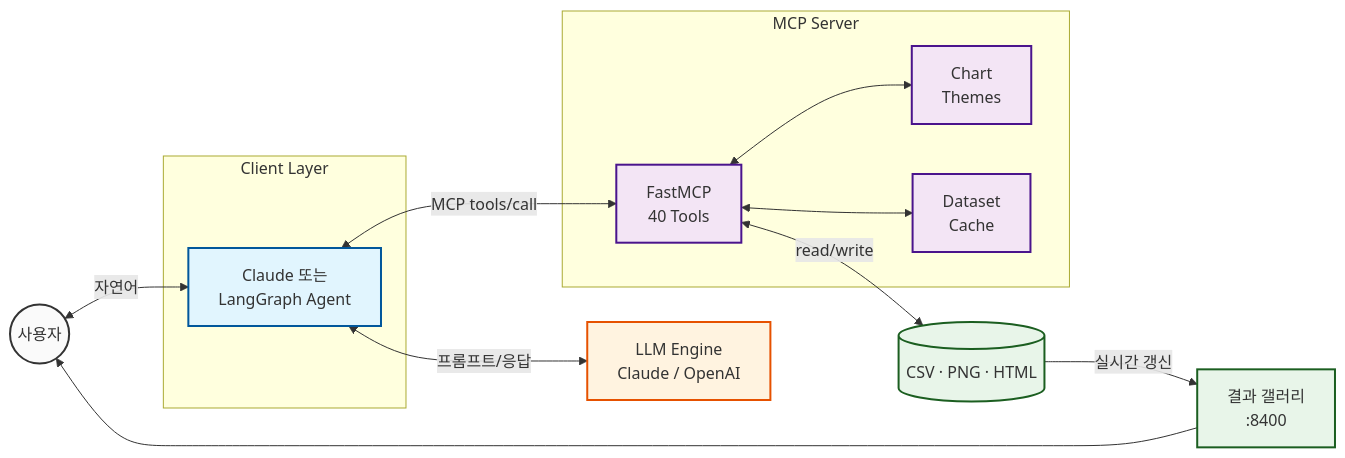
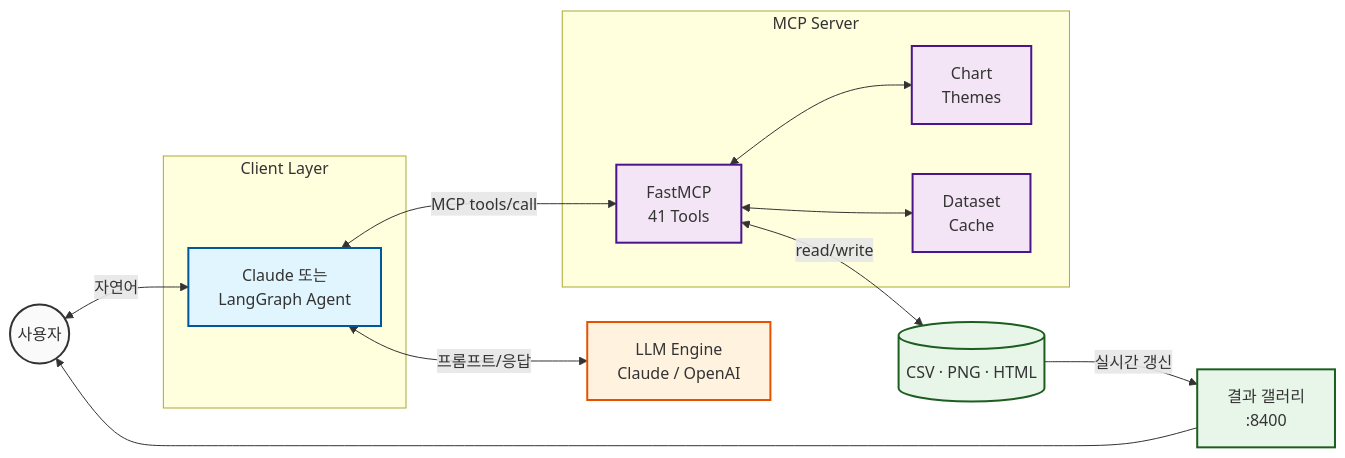
Before and after one commit to chaeminyoon/Data-Analyze-MCP: the diagram in README.md, drawn with Mermaid. The commit also changed other lines of this file and 7 other files, not shown here.

````diff
--- a/README.md
+++ b/README.md
@@ -232,36 +235,36 @@
 ```mermaid
 graph LR
     classDef blue fill:#e1f5fe,stroke:#01579b,stroke-width:2px
     classDef purple fill:#f3e5f5,stroke:#4a148c,stroke-width:2px
     classDef orange fill:#fff3e0,stroke:#e65100,stroke-width:2px
     classDef green fill:#e8f5e9,stroke:#1b5e20,stroke-width:2px
     classDef gray fill:#fafafa,stroke:#333,stroke-width:2px
 
     User((사용자))
     subgraph Client [Client Layer]
         Agent[Claude 또는<br/>LangGraph Agent]
     end
     LLM[LLM Engine<br/>Claude / OpenAI]
     subgraph MCPLayer [MCP Server]
-        Server[FastMCP<br/>40 Tools]
+        Server[FastMCP<br/>41 Tools]
         Theme[Chart<br/>Themes]
         Cache[Dataset<br/>Cache]
     end
     Files[(CSV · PNG · HTML)]
     Viewer[결과 갤러리<br/>:8400]
 
     User <-->|자연어| Agent
     Agent <-->|프롬프트/응답| LLM
     Agent <-->|MCP tools/call| Server
     Server <--> Cache
     Server <--> Theme
     Server <-->|read/write| Files
     Files -->|실시간 갱신| Viewer
     Viewer --> User
 
     class User gray
     class Agent blue
     class LLM orange
     class Server,Cache,Theme purple
     class Files,Viewer green
 ```
````
